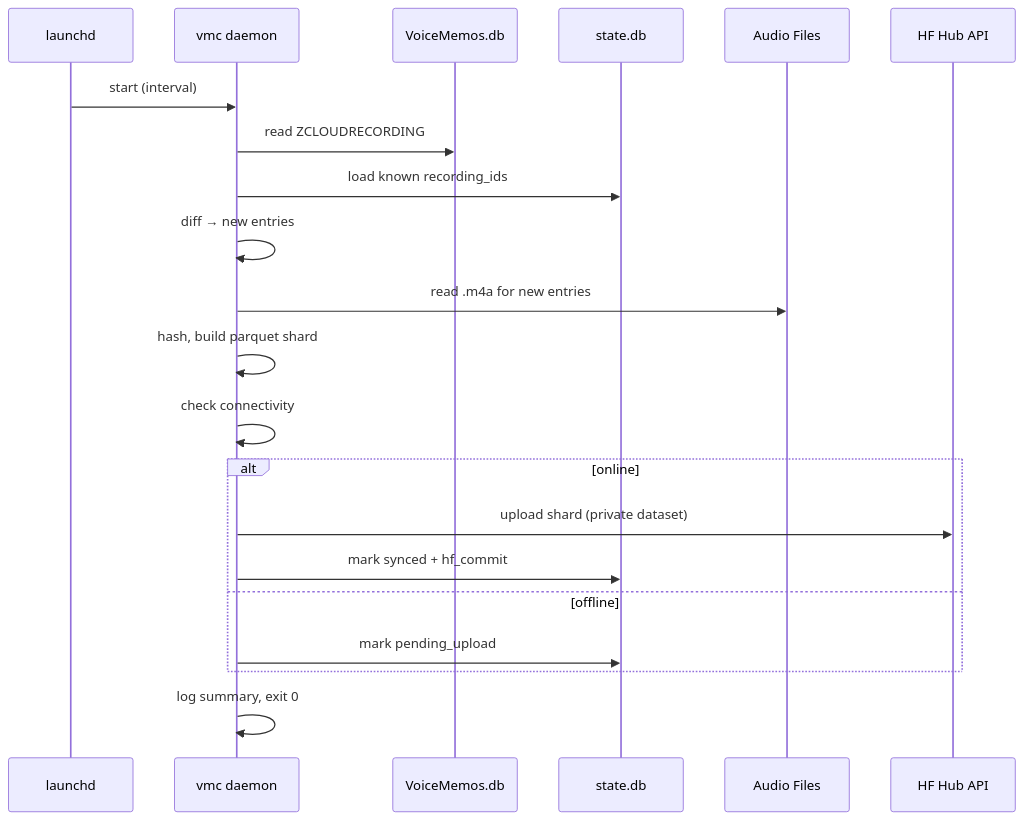
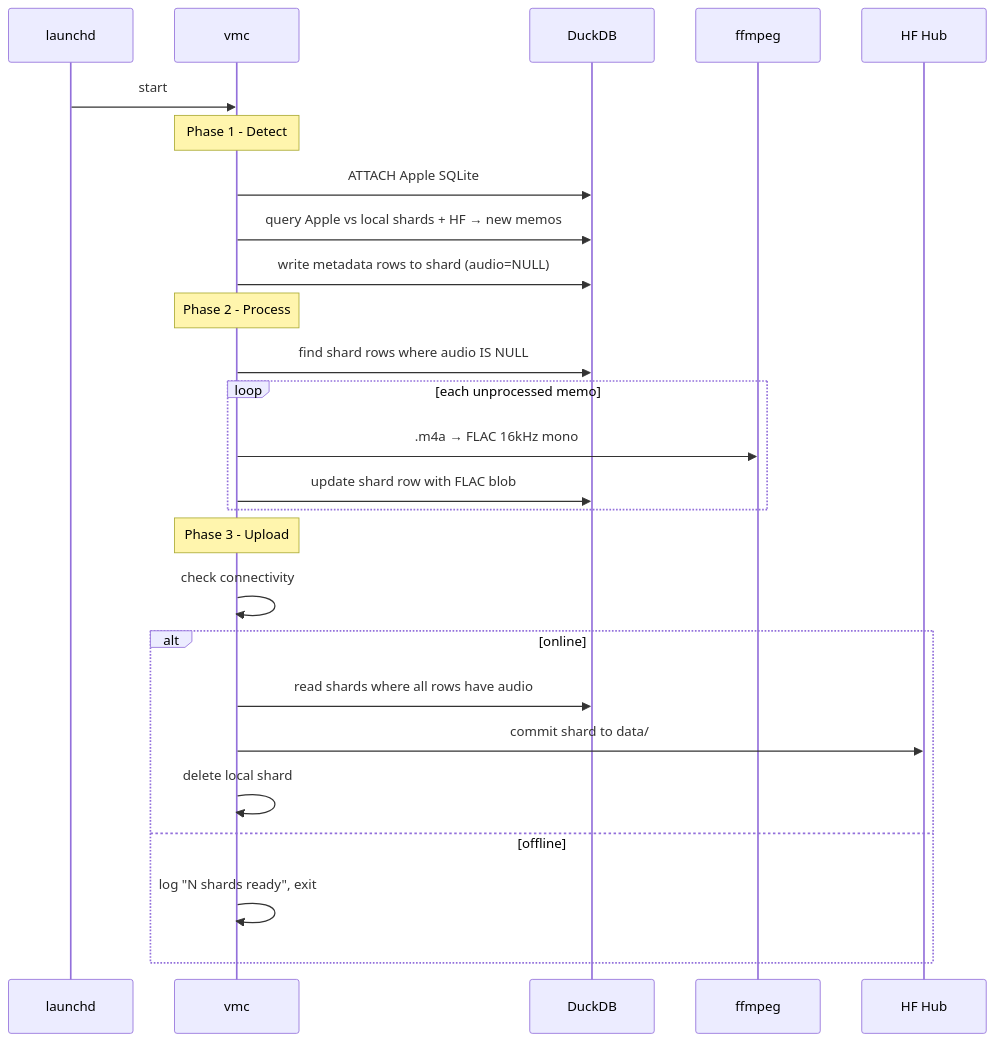
Before and after one commit to jborkowski/voice-memories-curator: the second of 2 diagrams in adr/00-initial.md, drawn with Mermaid. The commit also changed other lines of this file and 1 other file, not shown here.

Commit message:
chore: update architecture ADRs for DuckDB pipeline

````diff
--- a/adr/00-initial.md
+++ b/adr/00-initial.md
@@ -126,24 +179,32 @@
 ```mermaid
 sequenceDiagram
     participant LD as launchd
-    participant D as vmc daemon
-    participant VM as VoiceMemos.db
-    participant S as state.db
-    participant FS as Audio Files
-    participant HF as HF Hub API
+    participant D as vmc
+    participant DDB as DuckDB
+    participant FF as ffmpeg
+    participant HF as HF Hub
 
-    LD->>D: start (interval)
-    D->>VM: read ZCLOUDRECORDING
-    D->>S: load known recording_ids
-    D->>D: diff → new entries
-    D->>FS: read .m4a for new entries
-    D->>D: hash, build parquet shard
+    LD->>D: start
+
+    Note over D: Phase 1 - Detect
+    D->>DDB: ATTACH Apple SQLite
+    D->>DDB: query Apple vs local shards + HF → new memos
+    D->>DDB: write metadata rows to shard (audio=NULL)
+
+    Note over D: Phase 2 - Process
+    D->>DDB: find shard rows where audio IS NULL
+    loop each unprocessed memo
+        D->>FF: .m4a → FLAC 16kHz mono
+        D->>DDB: update shard row with FLAC blob
+    end
+
+    Note over D: Phase 3 - Upload
     D->>D: check connectivity
     alt online
-        D->>HF: upload shard (private dataset)
-        D->>S: mark synced + hf_commit
+        D->>DDB: read shards where all rows have audio
+        D->>HF: commit shard to data/
+        D->>D: delete local shard
     else offline
-        D->>S: mark pending_upload
+        D->>D: log "N shards ready", exit
     end
-    D->>D: log summary, exit 0
 ```
````
